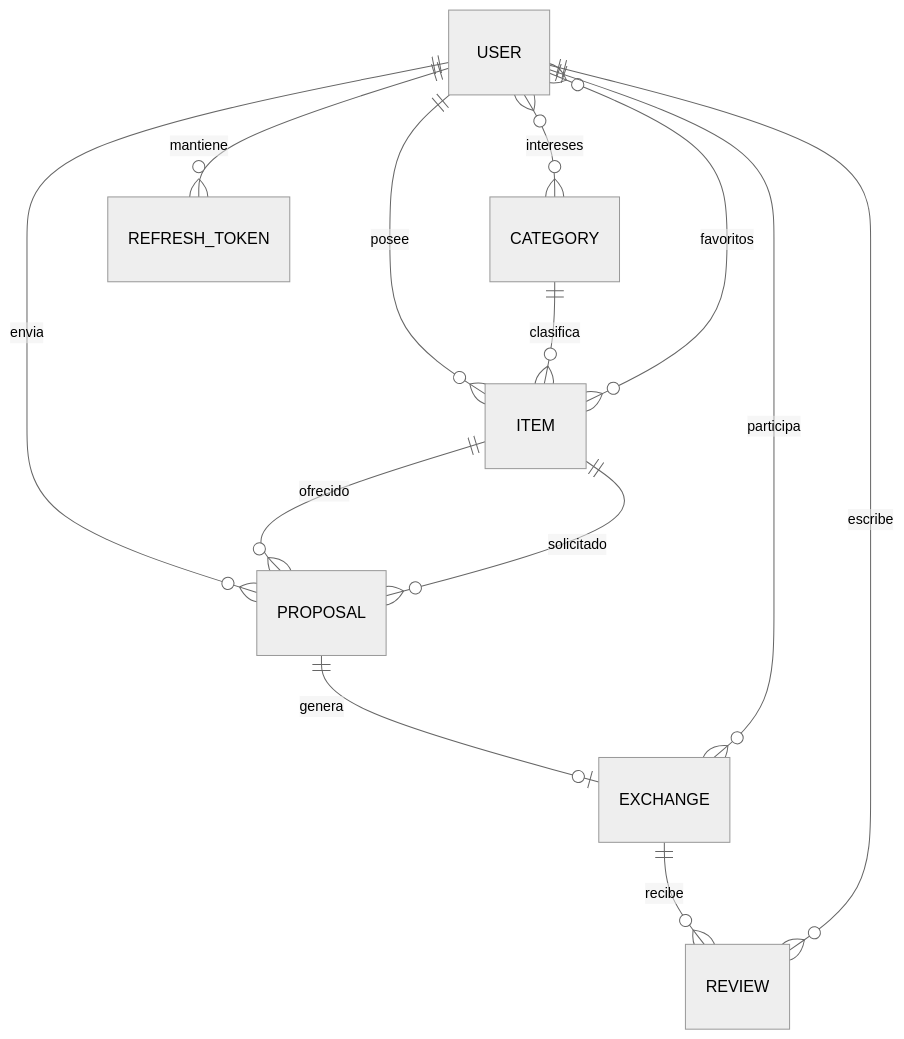
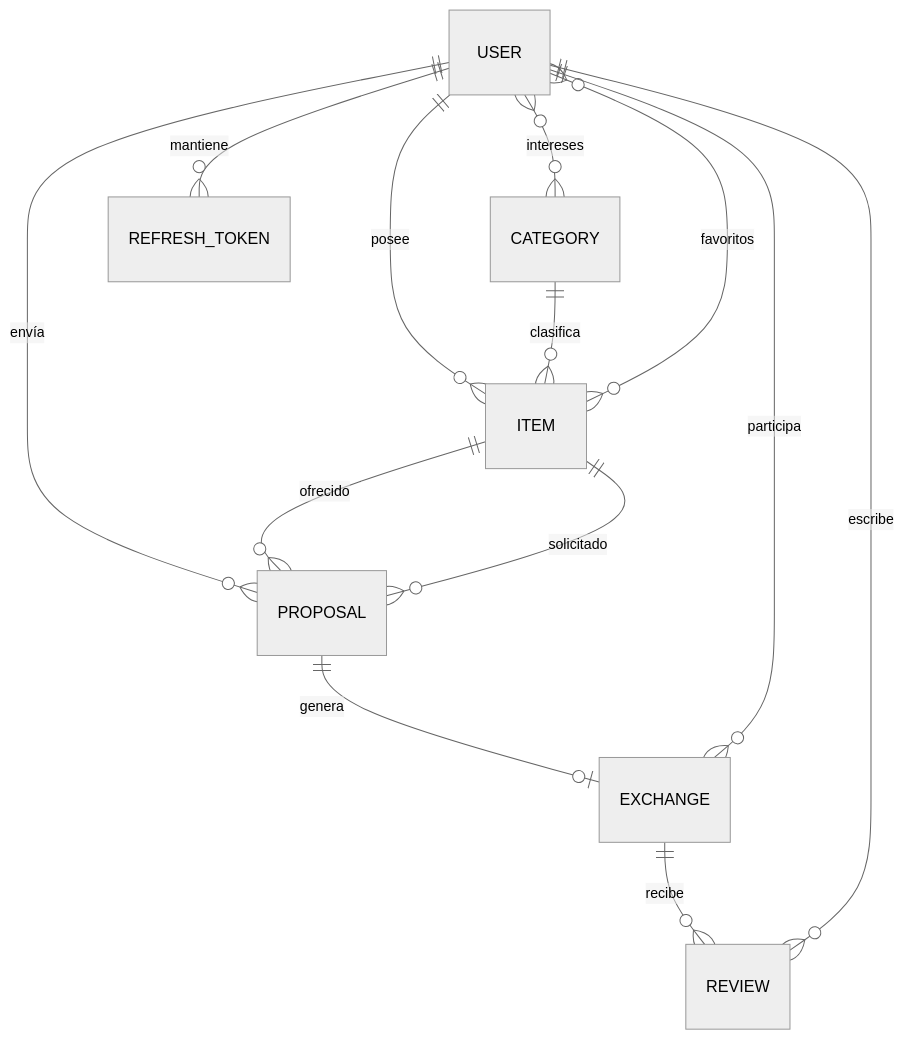
The second of 6 diagrams in README.md (Walternvm/proyecto-backend-swaplt), drawn with Mermaid (neutral theme) before and after one commit. The commit also changed other lines of this file, not shown here.

````diff
--- a/README.md
+++ b/README.md
@@ -118,15 +129,15 @@
 ```mermaid
 erDiagram
     USER ||--o{ ITEM : posee
     CATEGORY ||--o{ ITEM : clasifica
     USER }o--o{ ITEM : favoritos
     USER }o--o{ CATEGORY : intereses
-    USER ||--o{ PROPOSAL : envia
+    USER ||--o{ PROPOSAL : envía
     ITEM ||--o{ PROPOSAL : ofrecido
     ITEM ||--o{ PROPOSAL : solicitado
     PROPOSAL ||--o| EXCHANGE : genera
     USER ||--o{ EXCHANGE : participa
     EXCHANGE ||--o{ REVIEW : recibe
     USER ||--o{ REVIEW : escribe
     USER ||--o{ REFRESH_TOKEN : mantiene
 ```
````
